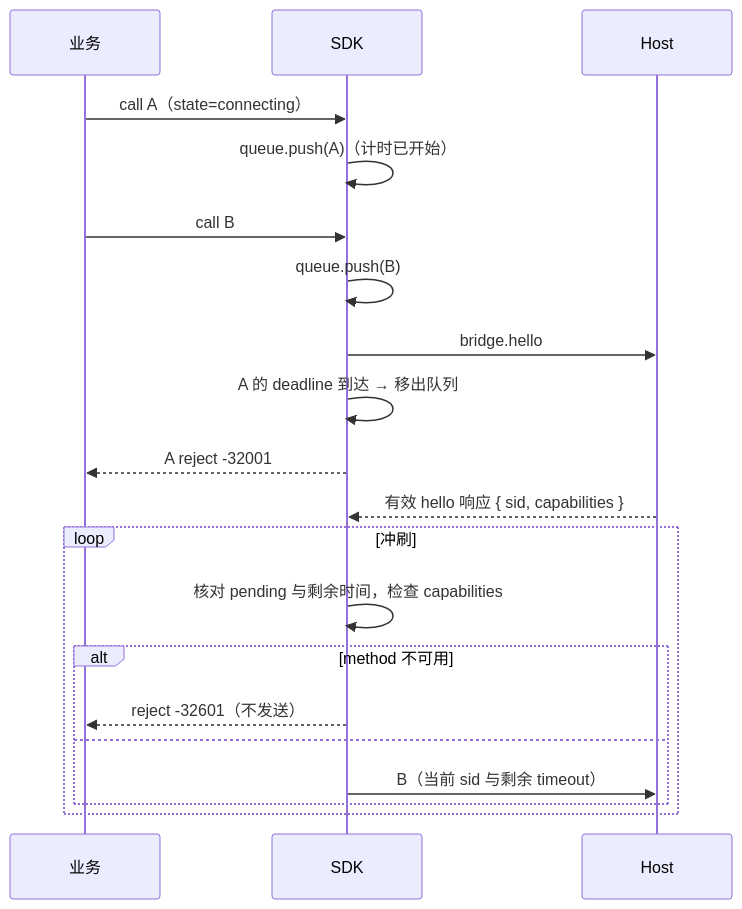
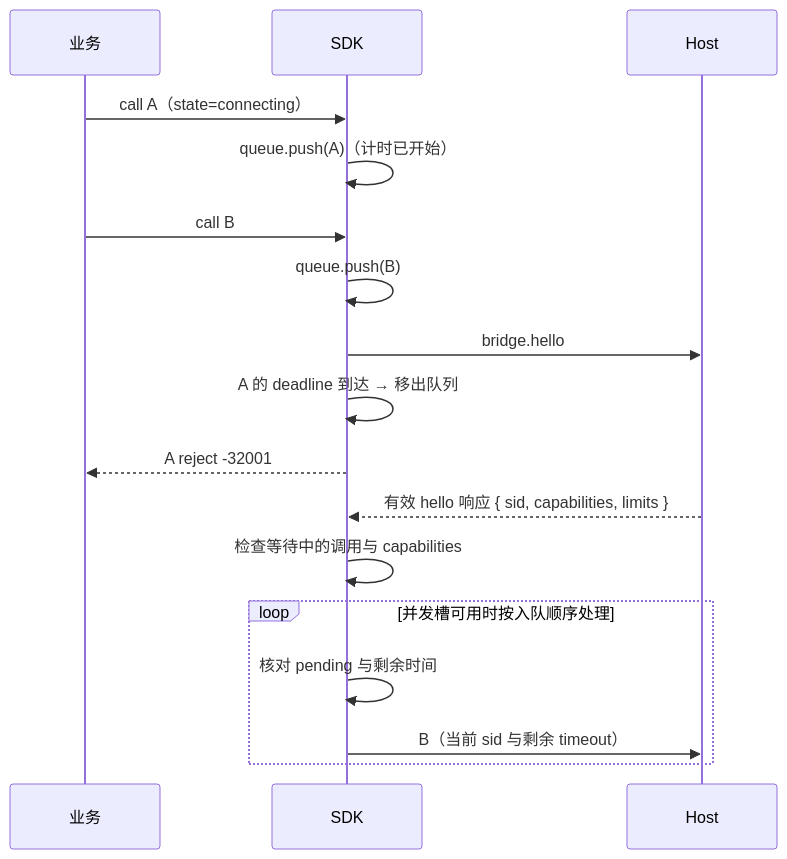
Before and after one commit to Josp3r/open-jsbridge: the second of 2 diagrams in docs/web-sdk.md, drawn with Mermaid. The commit also changed other lines of this file and 6 other files, not shown here.

````diff
--- a/docs/web-sdk.md
+++ b/docs/web-sdk.md
@@ -156,22 +158,19 @@
 ```mermaid
 sequenceDiagram
   participant B as 业务
   participant S as SDK
   participant H as Host
   B->>S: call A（state=connecting）
   S->>S: queue.push(A)（计时已开始）
   B->>S: call B
   S->>S: queue.push(B)
   S->>H: bridge.hello
   S->>S: A 的 deadline 到达 → 移出队列
   S-->>B: A reject -32001
-  H-->>S: 有效 hello 响应 { sid, capabilities }
-  loop 冲刷
-    S->>S: 核对 pending 与剩余时间，检查 capabilities
-    alt method 不可用
-      S-->>B: reject -32601（不发送）
-    else
-      S->>H: B（当前 sid 与剩余 timeout）
-    end
+  H-->>S: 有效 hello 响应 { sid, capabilities, limits }
+  S->>S: 检查等待中的调用与 capabilities
+  loop 并发槽可用时按入队顺序处理
+    S->>S: 核对 pending 与剩余时间
+    S->>H: B（当前 sid 与剩余 timeout）
   end
 ```
````
